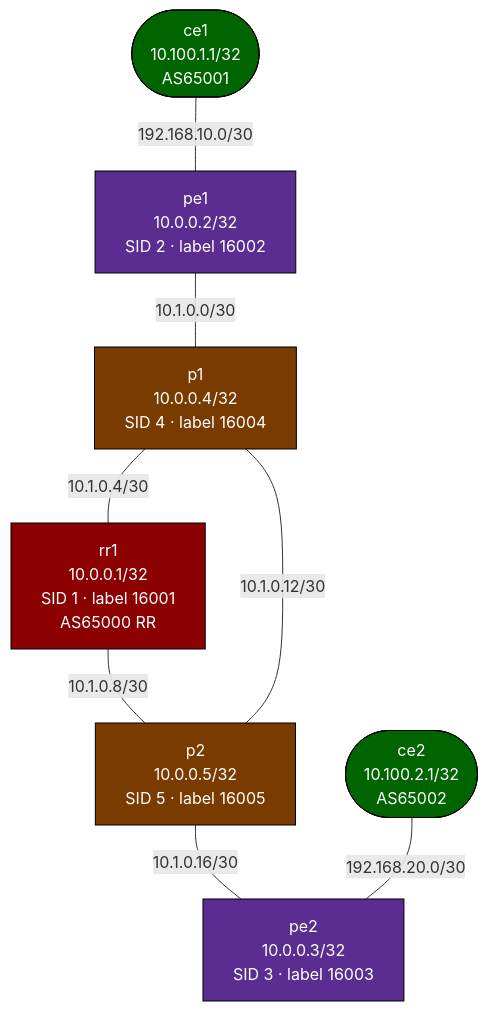
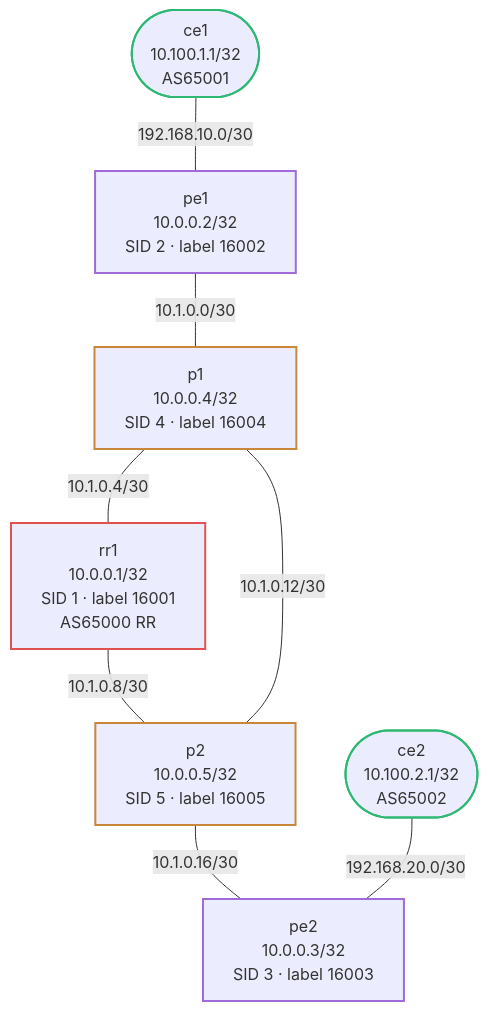
Before and after one commit to jschless/networkingLabs: the diagram in labs/mpls-sr-blank/README.md, drawn with Mermaid. The commit also changed 250 other files, not shown here.

Commit message:
Fix unreadable topology diagrams, convert ASCII art, publish assessments (#57)

````diff
--- a/labs/mpls-sr-blank/README.md
+++ b/labs/mpls-sr-blank/README.md
@@ -23,28 +23,28 @@
 ```mermaid
 flowchart TB
-    rr1["rr1\n10.0.0.1/32\nSID 1 · label 16001\nAS65000 RR"]
-    p1["p1\n10.0.0.4/32\nSID 4 · label 16004"]
-    p2["p2\n10.0.0.5/32\nSID 5 · label 16005"]
-    pe1["pe1\n10.0.0.2/32\nSID 2 · label 16002"]
-    pe2["pe2\n10.0.0.3/32\nSID 3 · label 16003"]
-    ce1(["ce1\n10.100.1.1/32\nAS65001"])
-    ce2(["ce2\n10.100.2.1/32\nAS65002"])
+    rr1["rr1<br/>10.0.0.1/32<br/>SID 1 · label 16001<br/>AS65000 RR"]
+    p1["p1<br/>10.0.0.4/32<br/>SID 4 · label 16004"]
+    p2["p2<br/>10.0.0.5/32<br/>SID 5 · label 16005"]
+    pe1["pe1<br/>10.0.0.2/32<br/>SID 2 · label 16002"]
+    pe2["pe2<br/>10.0.0.3/32<br/>SID 3 · label 16003"]
+    ce1(["ce1<br/>10.100.1.1/32<br/>AS65001"])
+    ce2(["ce2<br/>10.100.2.1/32<br/>AS65002"])
 
     p1 --- |"10.1.0.4/30"| rr1
     rr1 --- |"10.1.0.8/30"| p2
     p1 --- |"10.1.0.12/30"| p2
     pe1 --- |"10.1.0.0/30"| p1
     p2 --- |"10.1.0.16/30"| pe2
     ce1 --- |"192.168.10.0/30"| pe1
     ce2 --- |"192.168.20.0/30"| pe2
 
-    classDef pe     fill:#5c2d91,color:#fff,stroke:#000
-    classDef p      fill:#7a3b00,color:#fff,stroke:#000
-    classDef rr     fill:#8b0000,color:#fff,stroke:#000
-    classDef ce     fill:#006400,color:#fff,stroke:#000
+    classDef pe stroke:#a06bd6,stroke-width:2px
+    classDef p stroke:#c8873c,stroke-width:2px
+    classDef rr stroke:#e05252,stroke-width:2px
+    classDef ce stroke:#2eb872,stroke-width:2px
 
     class rr1 rr
     class p1,p2 p
     class pe1,pe2 pe
     class ce1,ce2 ce
 ```
````
